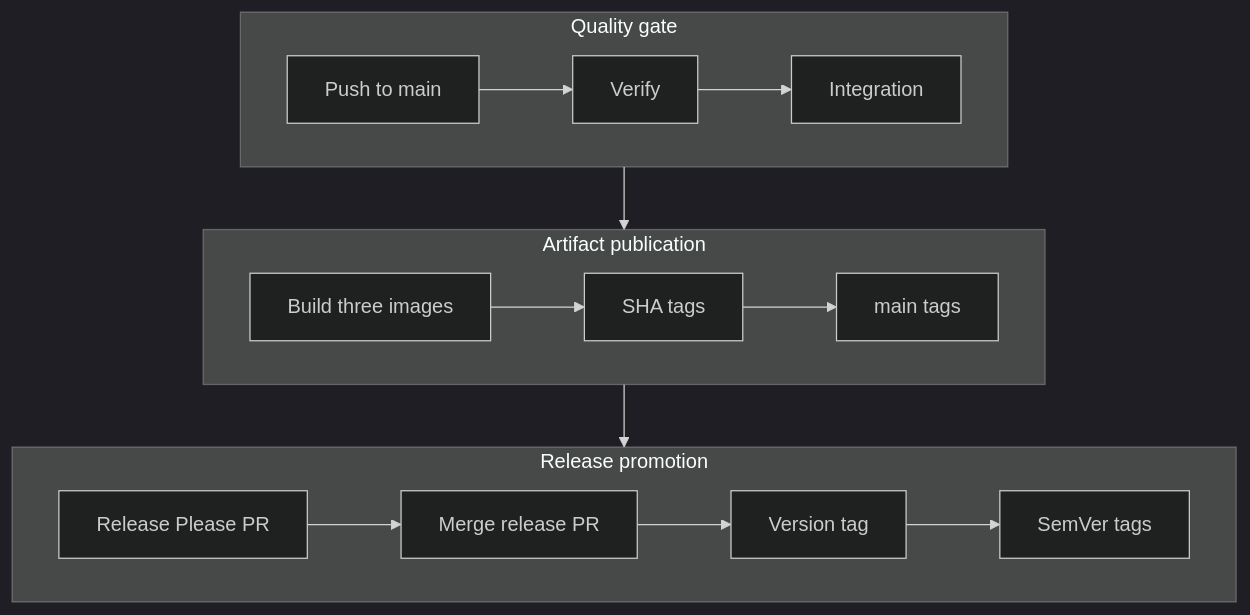
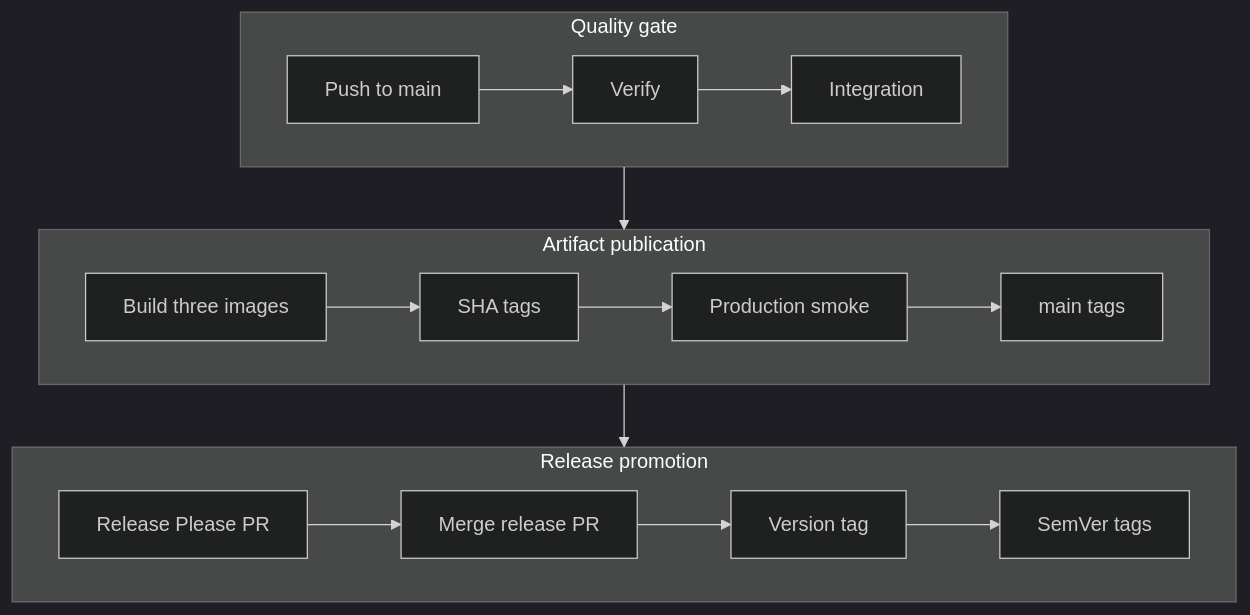
Before and after one commit to jakobzagar/Fit-Track: the first of 2 diagrams in docs/release-process.md, drawn with Mermaid (dark theme). The commit also changed other lines of this file and 4 other files, not shown here.

Commit message:
ci: smoke test production containers

````diff
--- a/docs/release-process.md
+++ b/docs/release-process.md
@@ -7,24 +7,25 @@
 ```mermaid
 flowchart TB
     subgraph Quality[Quality gate]
         direction LR
         Push[Push to main] --> Verify[Verify]
         Verify --> Integration[Integration]
     end
 
     subgraph Artifacts[Artifact publication]
         direction LR
         Build[Build three images] --> Sha[SHA tags]
-        Sha --> Main[main tags]
+        Sha --> Smoke[Production smoke]
+        Smoke --> Main[main tags]
     end
 
     subgraph Release[Release promotion]
         direction LR
         ReleasePR[Release Please PR] --> Merge[Merge release PR]
         Merge --> Tag[Version tag]
         Tag --> SemVer[SemVer tags]
     end
 
     Integration --> Build
     Main --> ReleasePR
 ```
````
